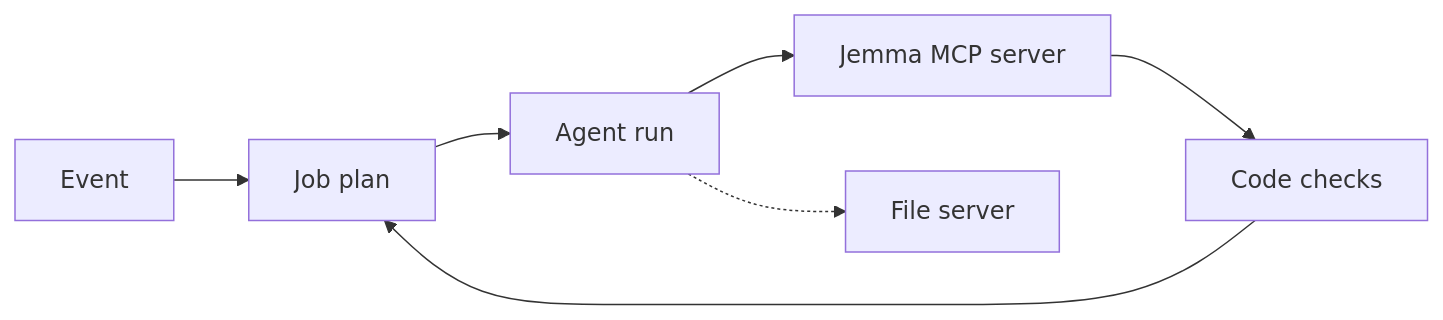
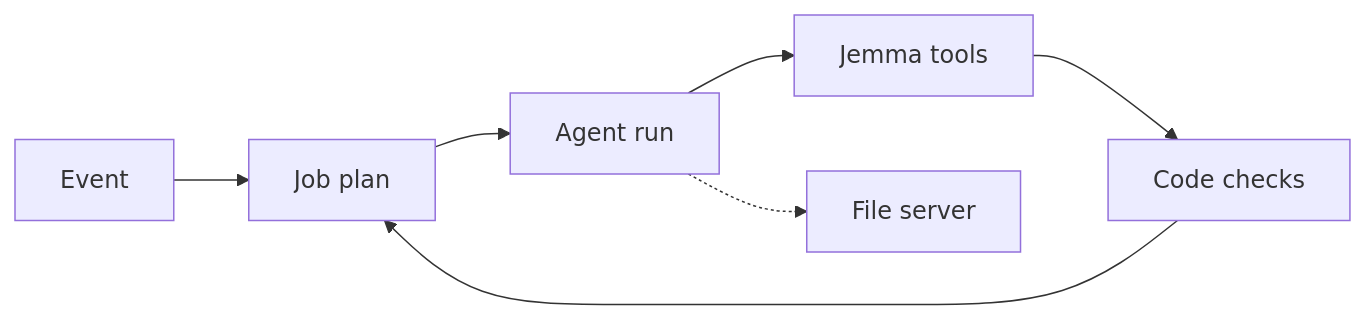
One commit to AI-Native-Ventures/jemma changed the diagram in ARCHITECTURE.md. Above: the diagram before and after it, drawn with Mermaid. The commit also changed other lines of this file and 11 other files, not shown here.

````diff
--- a/ARCHITECTURE.md
+++ b/ARCHITECTURE.md
@@ -7,9 +7,9 @@
 ```mermaid
 flowchart LR
   E[Event] --> P[Job plan]
   P --> A[Agent run]
-  A --> M[Jemma MCP server]
+  A --> M[Jemma tools]
   A -.-> F[File server]
   M --> C[Code checks]
   C --> P
 ```
````
